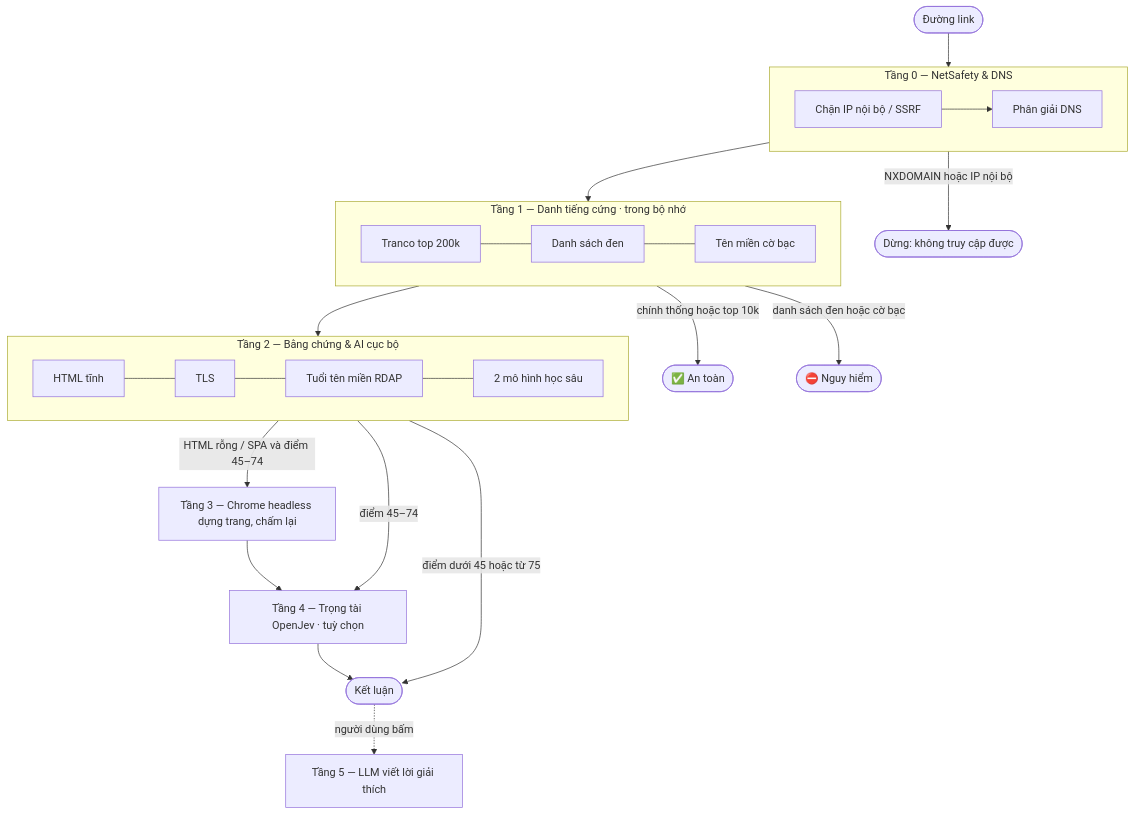
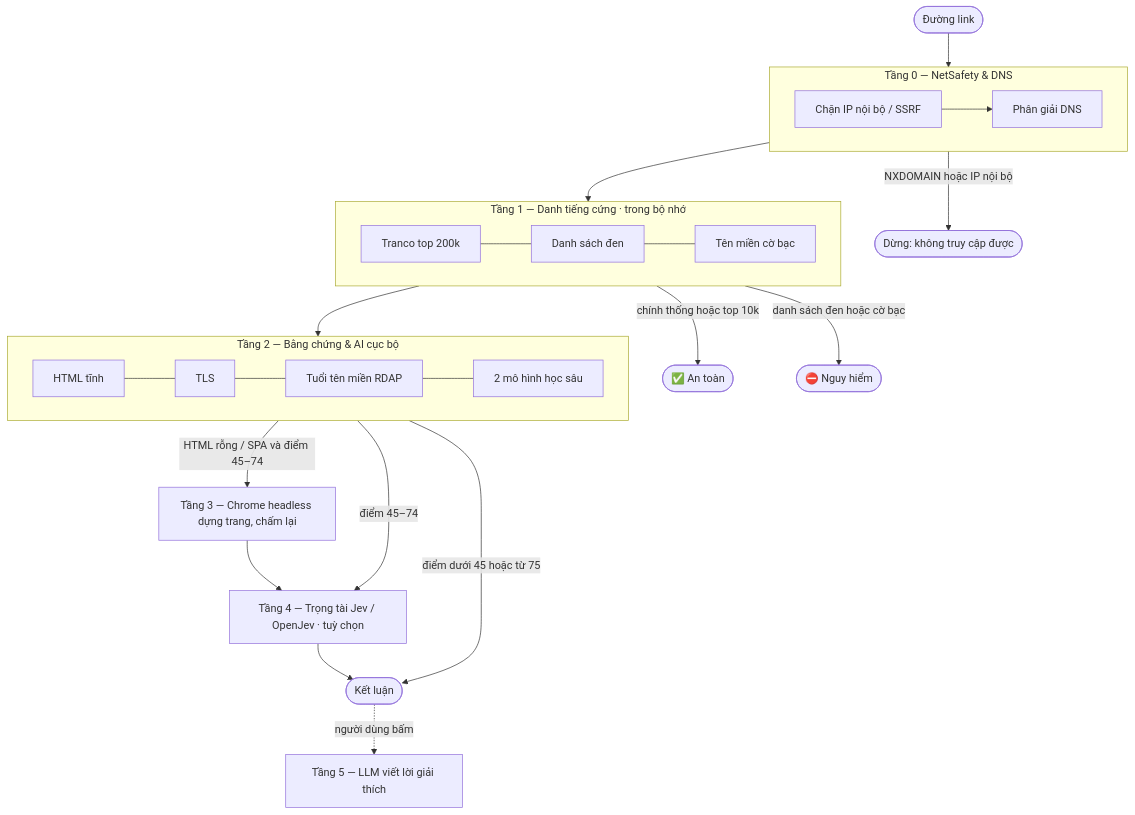
Before and after one commit to Zzeronite1/VerityTrust-XAI-Website: the diagram in docs/KIEN-TRUC.md, drawn with Mermaid. The commit also changed other lines of this file and 4 other files, not shown here.

````diff
--- a/docs/KIEN-TRUC.md
+++ b/docs/KIEN-TRUC.md
@@ -9,27 +9,27 @@
 ```mermaid
 flowchart TD
     IN([Đường link]) --> T0
     subgraph T0 [Tầng 0 — NetSafety & DNS]
       direction LR
       a0[Chặn IP nội bộ / SSRF] --> b0[Phân giải DNS]
     end
     T0 -->|NXDOMAIN hoặc IP nội bộ| E0([Dừng: không truy cập được])
     T0 --> T1
     subgraph T1 [Tầng 1 — Danh tiếng cứng · trong bộ nhớ]
       direction LR
       a1[Tranco top 200k] --- b1[Danh sách đen] --- c1[Tên miền cờ bạc]
     end
     T1 -->|chính thống hoặc top 10k| SAFE([✅ An toàn])
     T1 -->|danh sách đen hoặc cờ bạc| DANGER([⛔ Nguy hiểm])
     T1 --> T2
     subgraph T2 [Tầng 2 — Bằng chứng & AI cục bộ]
       direction LR
       a2[HTML tĩnh] --- b2[TLS] --- c2[Tuổi tên miền RDAP] --- d2[2 mô hình học sâu]
     end
     T2 -->|điểm dưới 45 hoặc từ 75| OUT([Kết luận])
     T2 -->|HTML rỗng / SPA và điểm 45–74| T3[Tầng 3 — Chrome headless dựng trang, chấm lại]
     T2 -->|điểm 45–74| T4
-    T3 --> T4[Tầng 4 — Trọng tài OpenJev · tuỳ chọn]
+    T3 --> T4[Tầng 4 — Trọng tài Jev / OpenJev · tuỳ chọn]
     T4 --> OUT
     OUT -. người dùng bấm .-> T5[Tầng 5 — LLM viết lời giải thích]
 ```
````
